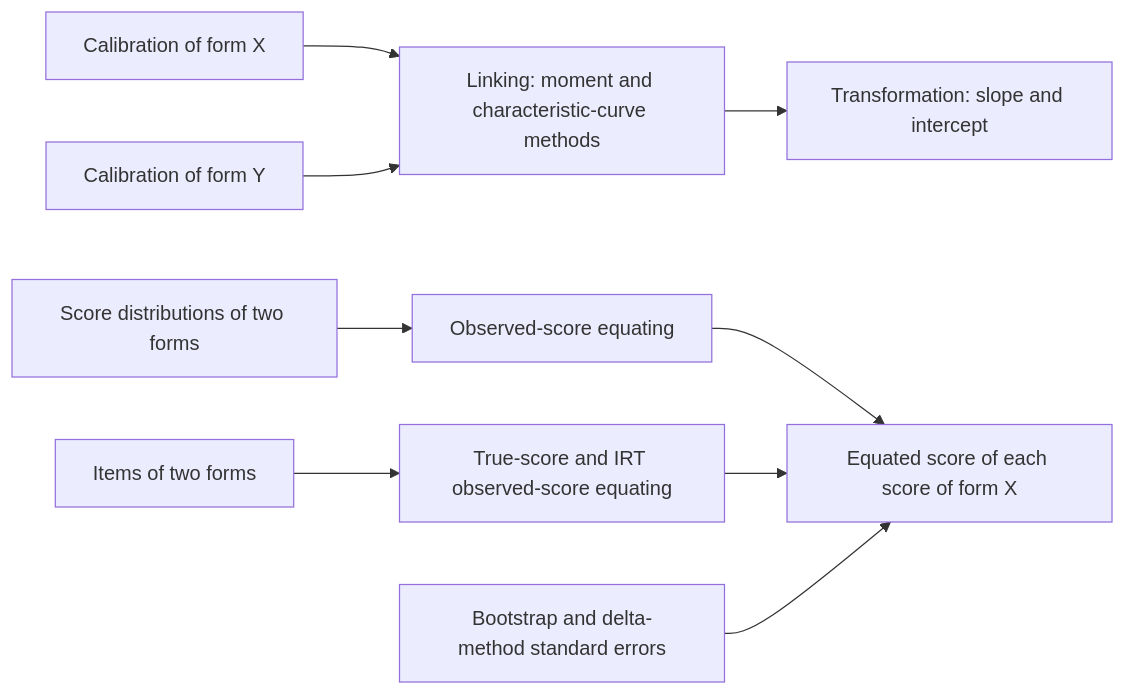
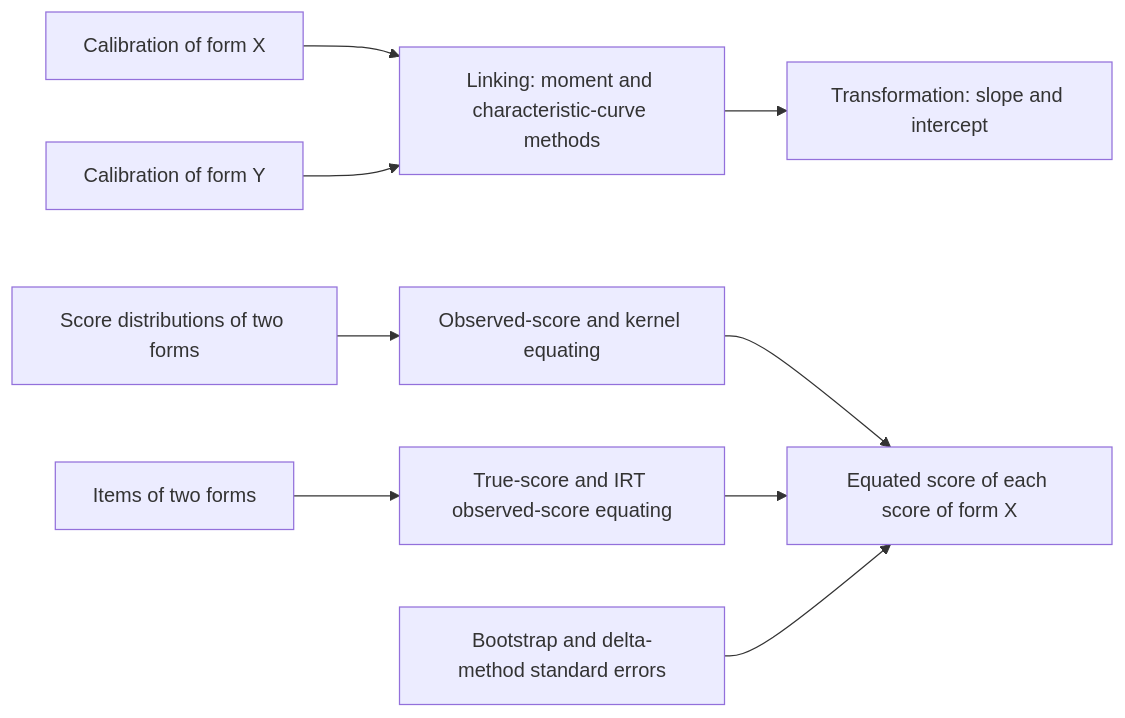
The first of 2 diagrams in docs/psychometrics/equating.md (measurekit/measurekit), drawn with Mermaid before and after one commit. The commit also changed other lines of this file and 15 other files, not shown here.

Commit message:
Add kernelEquating in five designs with delta-method standard errors and kernelEquatingDifference, against kequate, and base R where kequate's counterbalanced errors weigh the wrong group

````diff
--- a/docs/psychometrics/equating.md
+++ b/docs/psychometrics/equating.md
@@ -9,11 +10,11 @@
 ```mermaid
 flowchart LR
   C1["Calibration of form X"] --> L["Linking: moment and characteristic-curve methods"]
   C2["Calibration of form Y"] --> L
   L --> T["Transformation: slope and intercept"]
-  S["Score distributions of two forms"] --> E["Observed-score equating"]
+  S["Score distributions of two forms"] --> E["Observed-score and kernel equating"]
   I["Items of two forms"] --> Q["True-score and IRT observed-score equating"]
   E --> R["Equated score of each score of form X"]
   Q --> R
   B["Bootstrap and delta-method standard errors"] --> R
 ```
````
